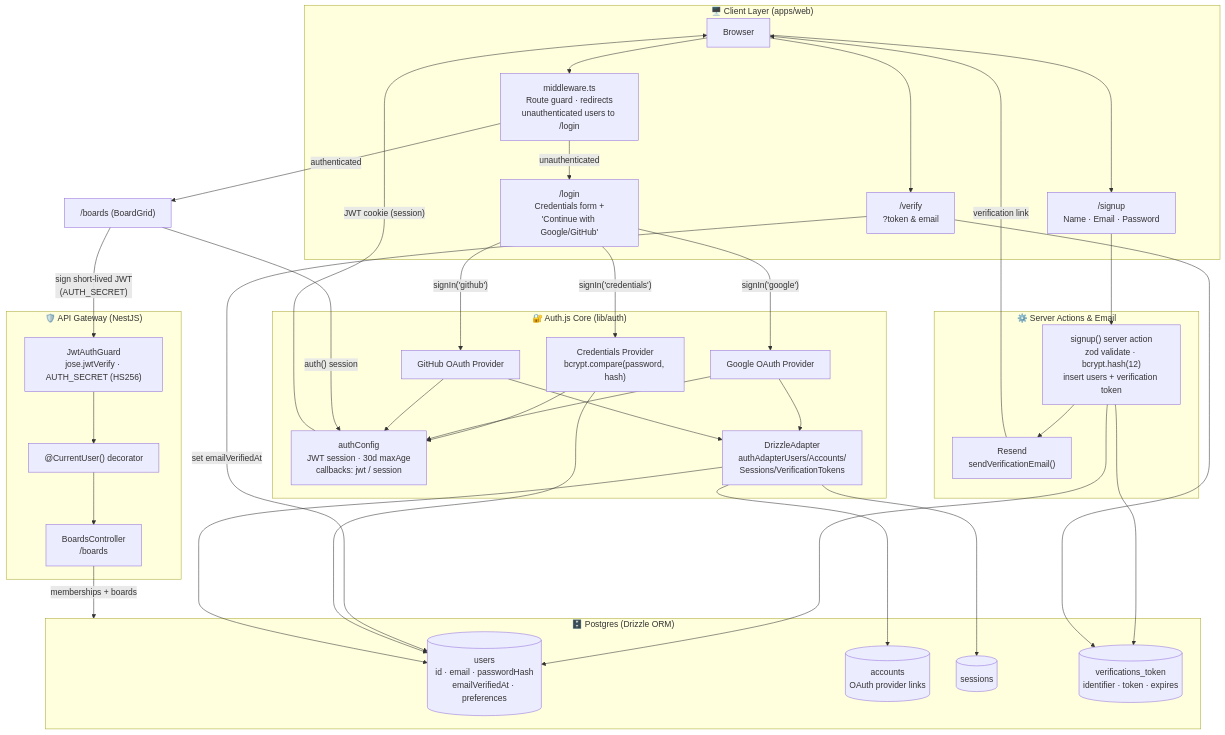
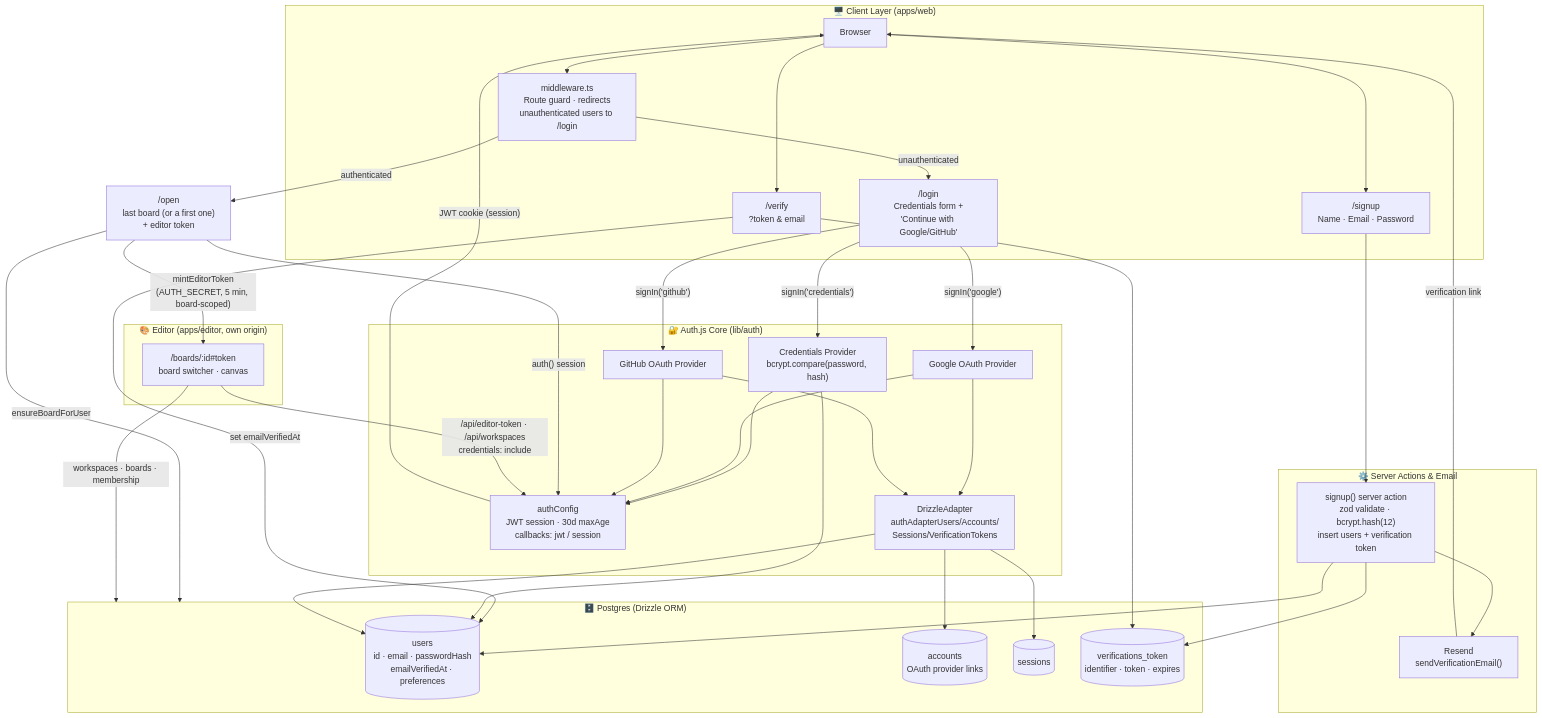
Before and after one commit to Moxsahil/canvasflow: the diagram in docs/auth-architecture.md, drawn with Mermaid. The commit also changed other lines of this file and 97 other files, not shown here.

First line of the commit message:
feat(editor): rebuild the editor shell and move board browsing into the sidebar

````diff
--- a/docs/auth-architecture.md
+++ b/docs/auth-architecture.md
@@ -3,76 +3,77 @@
 ```mermaid
 flowchart TD
 
     subgraph CLIENT["🖥️ Client Layer (apps/web)"]
         BROWSER["Browser"]
         MW["middleware.ts\nRoute guard · redirects\nunauthenticated users to /login"]
         LOGIN["/login\nCredentials form +\n'Continue with Google/GitHub'"]
         SIGNUP["/signup\nName · Email · Password"]
         VERIFY["/verify\n?token & email"]
     end
 
     subgraph AUTHCORE["🔐 Auth.js Core (lib/auth)"]
         CONFIG["authConfig\nJWT session · 30d maxAge\ncallbacks: jwt / session"]
         PROV_CRED["Credentials Provider\nbcrypt.compare(password, hash)"]
         PROV_GOOGLE["Google OAuth Provider"]
         PROV_GITHUB["GitHub OAuth Provider"]
         ADAPTER["DrizzleAdapter\nauthAdapterUsers/Accounts/\nSessions/VerificationTokens"]
     end
 
     subgraph ACTIONS["⚙️ Server Actions & Email"]
         SIGNUP_ACTION["signup() server action\nzod validate · bcrypt.hash(12)\ninsert users + verification token"]
         RESEND["Resend\nsendVerificationEmail()"]
     end
 
     subgraph DB["🗄️ Postgres (Drizzle ORM)"]
         T_USERS[("users\nid · email · passwordHash\nemailVerifiedAt · preferences")]
         T_ACCOUNTS[("accounts\nOAuth provider links")]
         T_SESSIONS[("sessions")]
         T_VTOKENS[("verifications_token\nidentifier · token · expires")]
     end
 
-    subgraph GATEWAY["🛡️ API Gateway (NestJS)"]
-        JWTGUARD["JwtAuthGuard\njose.jwtVerify · AUTH_SECRET (HS256)"]
-        CURRENTUSER["@CurrentUser() decorator"]
-        BOARDSCTRL["BoardsController\n/boards"]
+    subgraph EDITORAPP["🎨 Editor (apps/editor, own origin)"]
+        EDITOR["/boards/:id#token\nboard switcher · canvas"]
     end
 
     %% --- Browser entry points ---
     BROWSER --> MW
     MW -- "unauthenticated" --> LOGIN
-    MW -- "authenticated" --> BOARDS_PAGE["/boards (BoardGrid)"]
+    MW -- "authenticated" --> OPEN["/open\nlast board (or a first one)\n+ editor token"]
     BROWSER --> SIGNUP
     BROWSER --> VERIFY
 
     %% --- Signup flow ---
     SIGNUP --> SIGNUP_ACTION
     SIGNUP_ACTION --> T_USERS
     SIGNUP_ACTION --> T_VTOKENS
     SIGNUP_ACTION --> RESEND
     RESEND -- "verification link" --> BROWSER
     VERIFY --> T_VTOKENS
     VERIFY -- "set emailVerifiedAt" --> T_USERS
 
     %% --- Login flow ---
     LOGIN -- "signIn('credentials')" --> PROV_CRED
     LOGIN -- "signIn('google')" --> PROV_GOOGLE
     LOGIN -- "signIn('github')" --> PROV_GITHUB
 
     PROV_CRED --> T_USERS
     PROV_GOOGLE --> ADAPTER
     PROV_GITHUB --> ADAPTER
     ADAPTER --> T_USERS
     ADAPTER --> T_ACCOUNTS
     ADAPTER --> T_SESSIONS
 
     PROV_CRED --> CONFIG
     PROV_GOOGLE --> CONFIG
     PROV_GITHUB --> CONFIG
     CONFIG -- "JWT cookie (session)" --> BROWSER
 
-    %% --- Authenticated API calls ---
-    BOARDS_PAGE -- "auth() session" --> CONFIG
-    BOARDS_PAGE -- "sign short-lived JWT\n(AUTH_SECRET)" --> JWTGUARD
-    JWTGUARD --> CURRENTUSER --> BOARDSCTRL
-    BOARDSCTRL -- "memberships + boards" --> DB
+    %% --- Into the editor ---
+    OPEN -- "auth() session" --> CONFIG
+    OPEN -- "mintEditorToken\n(AUTH_SECRET, 5 min, board-scoped)" --> EDITOR
+    OPEN -- "ensureBoardForUser" --> DB
+
+    %% --- Editor calling back, cross-origin with the session cookie ---
+    EDITOR -- "/api/editor-token · /api/workspaces\ncredentials: include" --> CONFIG
+    EDITOR -- "workspaces · boards · membership" --> DB
 ```
````
